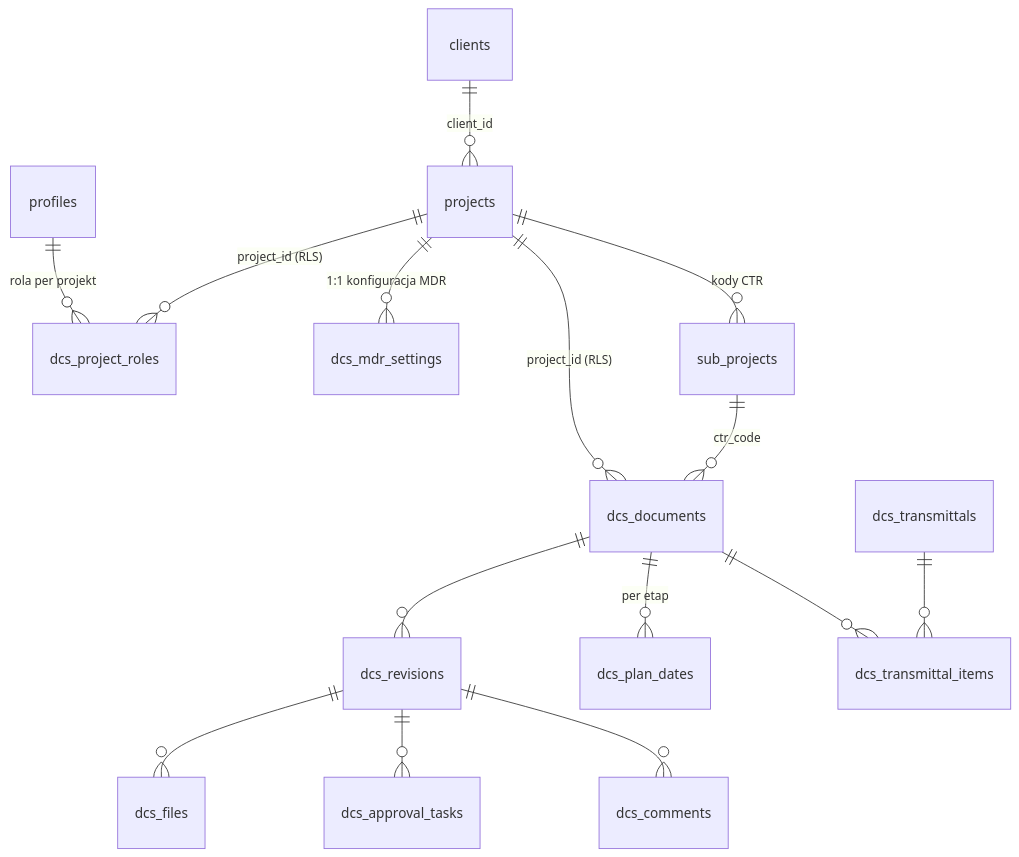
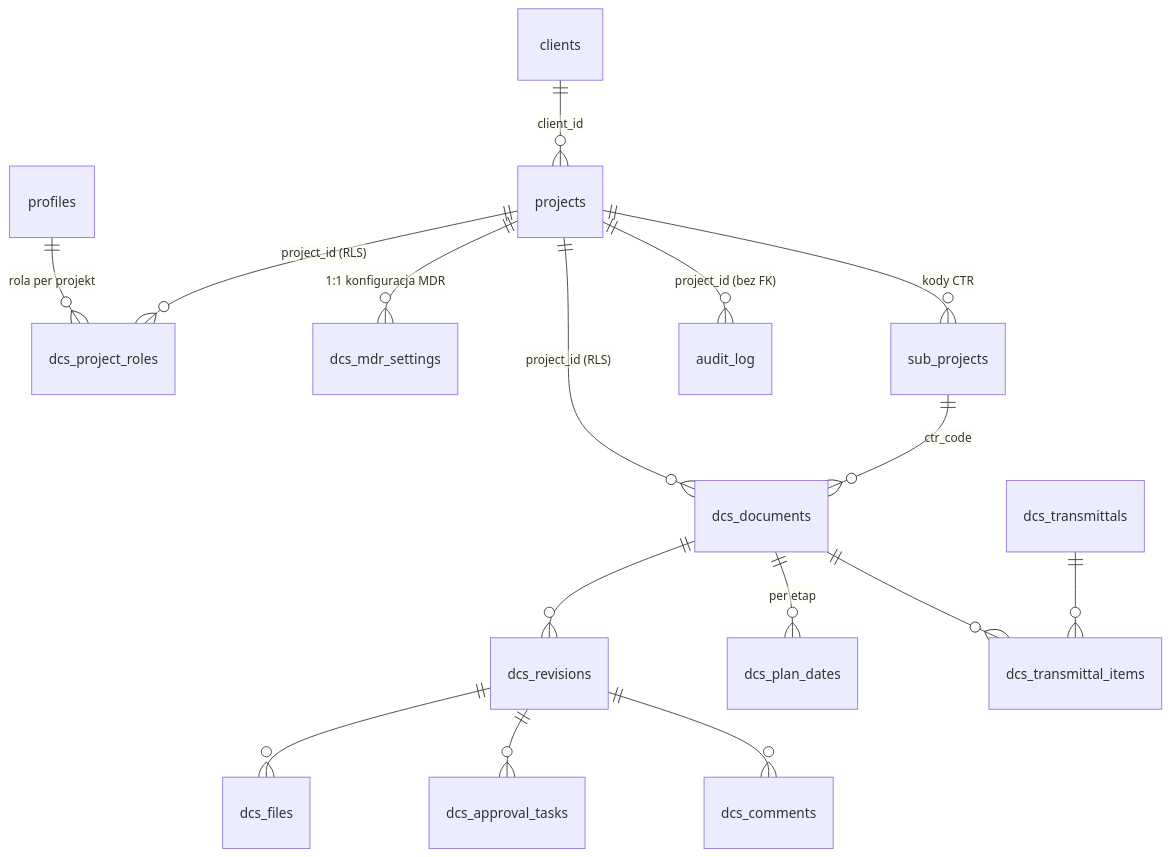
The diagram in docs/02-data-model.md (tj0517/Seaclouds_management_system), drawn with Mermaid before and after one commit. The commit also changed other lines of this file and 5 other files, not shown here.

First line of the commit message:
feat: audit_log + generic audit_trigger() on projects/project_roles/profiles/clients (DCS 1a.08)

````diff
--- a/docs/02-data-model.md
+++ b/docs/02-data-model.md
@@ -14,17 +14,18 @@
 ```mermaid
 erDiagram
     profiles ||--o{ dcs_project_roles : "rola per projekt"
     projects ||--o{ dcs_project_roles : "project_id (RLS)"
     projects ||--o{ dcs_mdr_settings : "1:1 konfiguracja MDR"
     projects ||--o{ dcs_documents : "project_id (RLS)"
     projects ||--o{ sub_projects : "kody CTR"
     clients  ||--o{ projects : "client_id"
+    projects ||--o{ audit_log : "project_id (bez FK)"
     sub_projects ||--o{ dcs_documents : "ctr_code"
     dcs_documents ||--o{ dcs_revisions : ""
     dcs_documents ||--o{ dcs_plan_dates : "per etap"
     dcs_revisions ||--o{ dcs_files : ""
     dcs_revisions ||--o{ dcs_approval_tasks : ""
     dcs_revisions ||--o{ dcs_comments : ""
     dcs_documents ||--o{ dcs_transmittal_items : ""
     dcs_transmittals ||--o{ dcs_transmittal_items : ""
 ```
````
